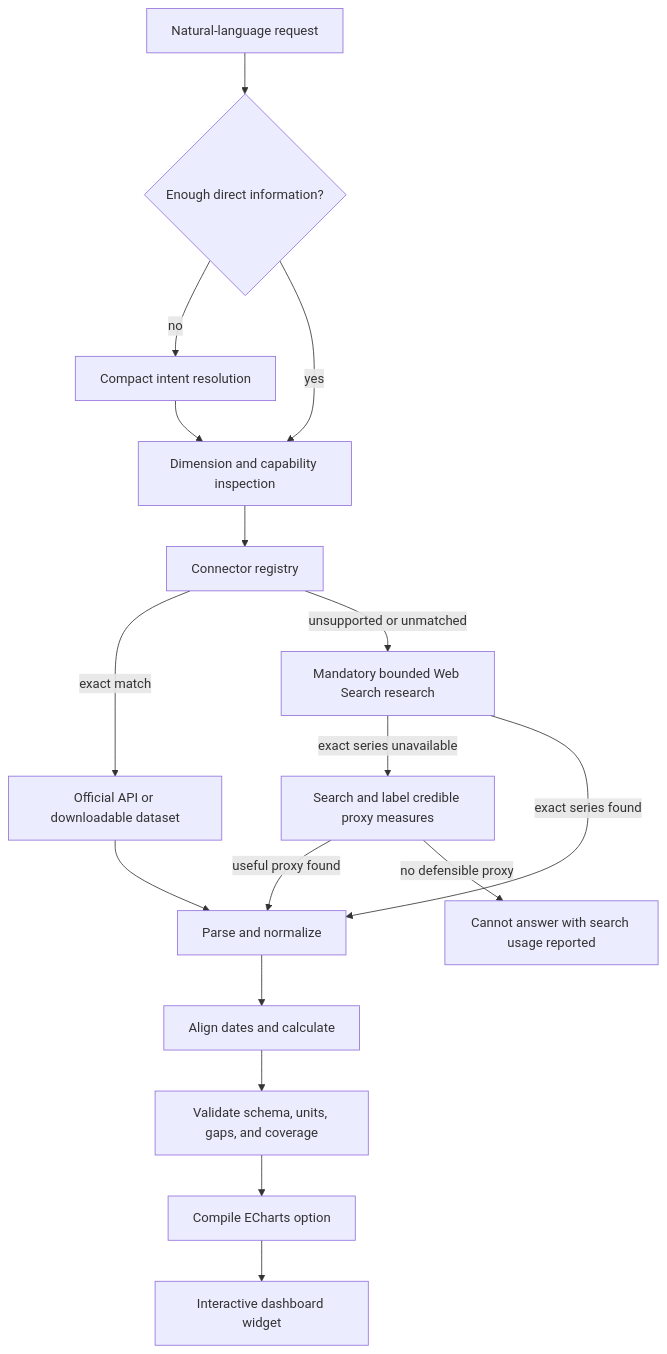
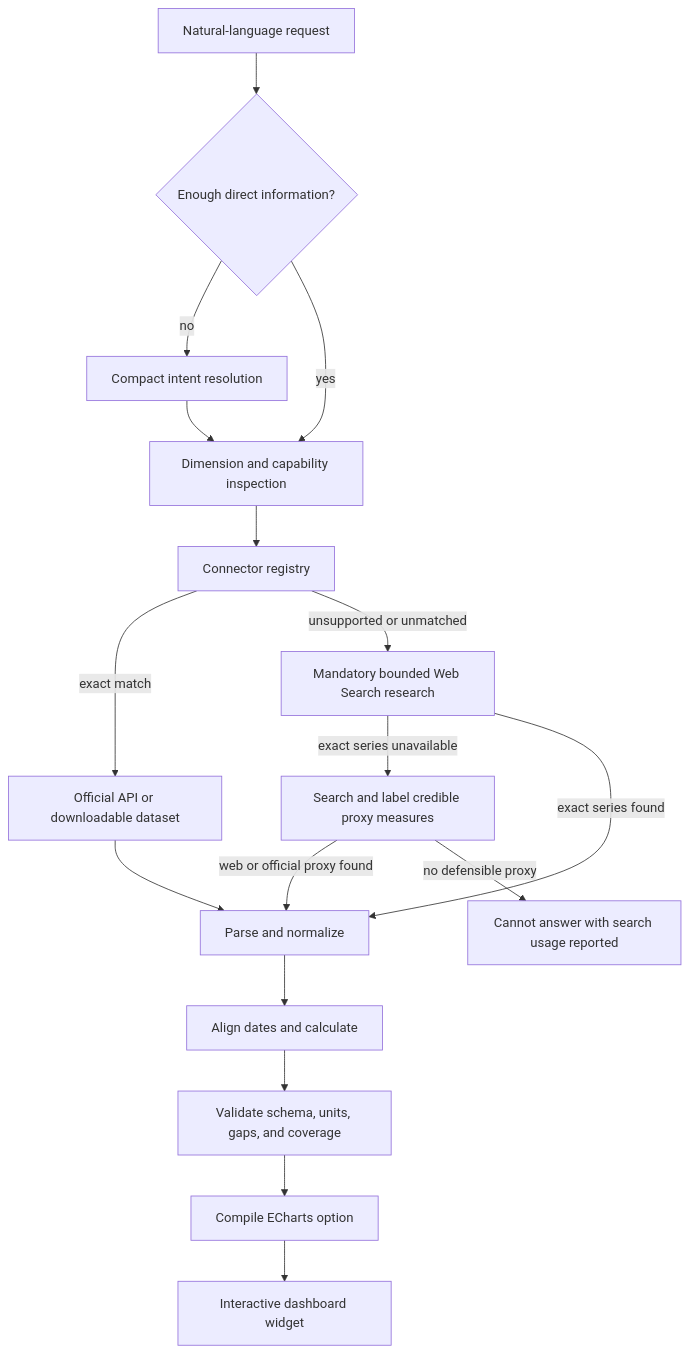
The diagram in docs/ARCHITECTURE.md (weifanwu/polaris), drawn with Mermaid before and after one commit. The commit also changed other lines of this file and 7 other files, not shown here.

Commit message:
Add researched official proxy fallback

````diff
--- a/docs/ARCHITECTURE.md
+++ b/docs/ARCHITECTURE.md
@@ -7,19 +7,19 @@
 ```mermaid
 flowchart TD
     A["Natural-language request"] --> B{"Enough direct information?"}
     B -->|"no"| C["Compact intent resolution"]
     B -->|"yes"| X["Dimension and capability inspection"]
     C --> X
     X --> D["Connector registry"]
     D -->|"exact match"| E["Official API or downloadable dataset"]
     D -->|"unsupported or unmatched"| F["Mandatory bounded Web Search research"]
     F -->|"exact series unavailable"| P["Search and label credible proxy measures"]
-    P -->|"useful proxy found"| G
+    P -->|"web or official proxy found"| G
     P -->|"no defensible proxy"| Q["Cannot answer with search usage reported"]
     E --> G["Parse and normalize"]
     F -->|"exact series found"| G
     G --> H["Align dates and calculate"]
     H --> I["Validate schema, units, gaps, and coverage"]
     I --> J["Compile ECharts option"]
     J --> K["Interactive dashboard widget"]
 ```
````
